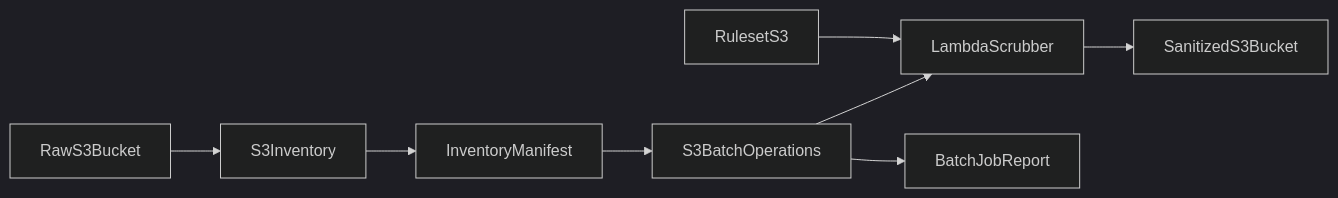
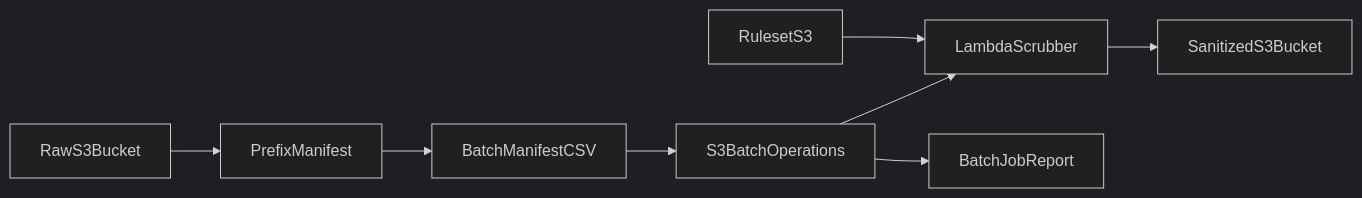
Before and after one commit to rampgrowth/kohort-s3-pii-scrubber: the diagram in docs/ARCHITECTURE.md, drawn with Mermaid (dark theme). The commit also changed other lines of this file and 9 other files, not shown here.

Commit message:
Refactor architecture and runbook documentation to remove S3 Inventory references

````diff
--- a/docs/ARCHITECTURE.md
+++ b/docs/ARCHITECTURE.md
@@ -5,10 +5,10 @@
 ```mermaid
 flowchart LR
-  rawS3[RawS3Bucket] --> inventory[S3Inventory]
-  inventory --> manifest[InventoryManifest]
+  rawS3[RawS3Bucket] --> manifestGen[PrefixManifest]
+  manifestGen --> manifest[BatchManifestCSV]
   manifest --> batchJob[S3BatchOperations]
   batchJob --> lambda[LambdaScrubber]
   lambda --> sanitizedS3[SanitizedS3Bucket]
   batchJob --> report[BatchJobReport]
   ruleset[RulesetS3] --> lambda
 ```
````
